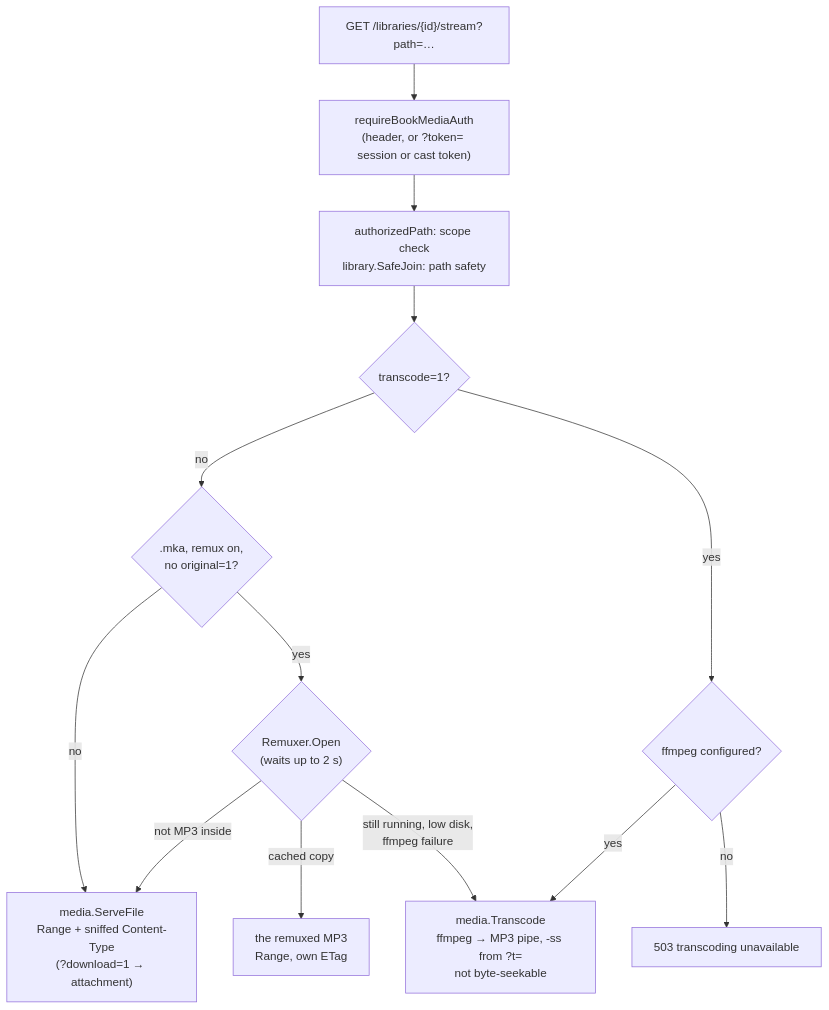
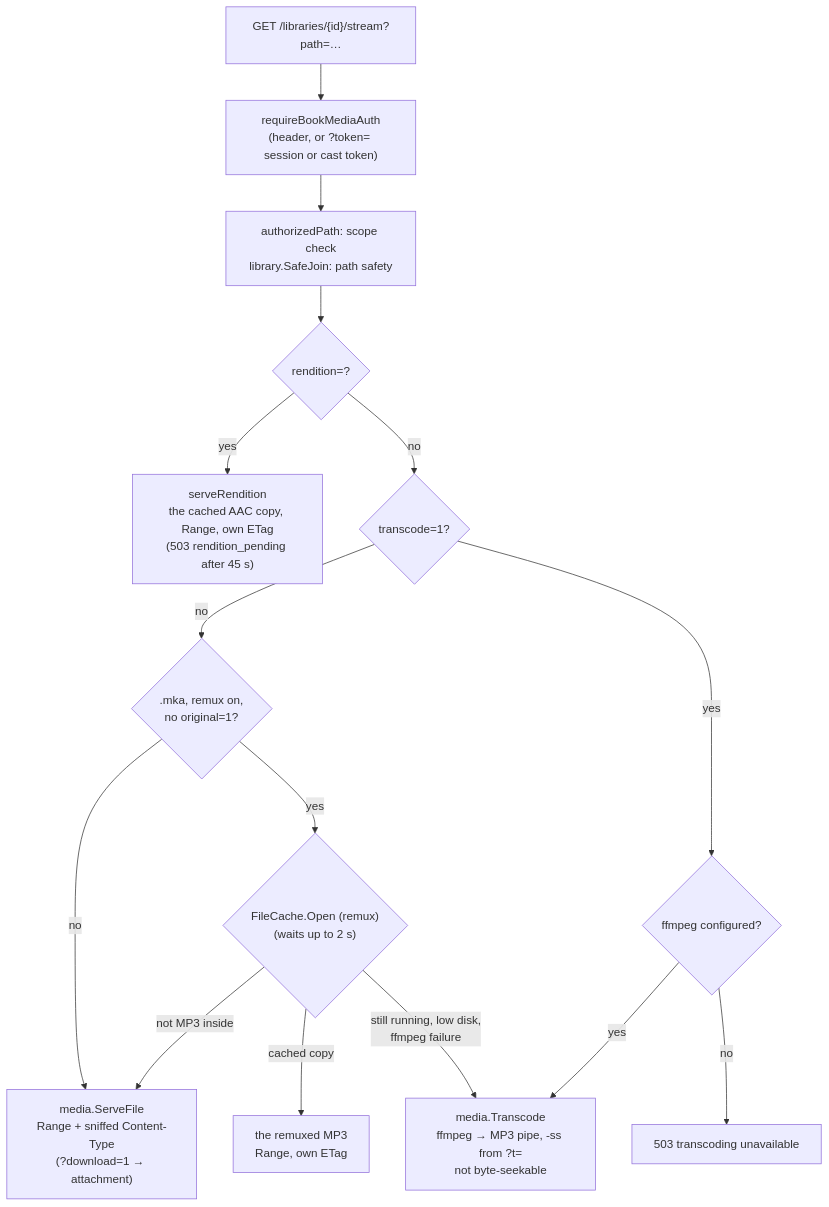
Before and after one commit to KodeStar/audiosilo-docs: the diagram in docs-developers/server/media.md, drawn with Mermaid. The commit also changed other lines of this file and 15 other files, not shown here.

````diff
--- a/docs-developers/server/media.md
+++ b/docs-developers/server/media.md
@@ -425,15 +426,17 @@
 ```mermaid
 flowchart TD
     A["GET /libraries/{id}/stream?path=…"] --> B["requireBookMediaAuth<br/>(header, or ?token= session or cast token)"]
     B --> C["authorizedPath: scope check<br/>library.SafeJoin: path safety"]
-    C --> D{"transcode=1?"}
+    C --> W{"rendition=?"}
+    W -- "yes" --> WR["serveRendition<br/>the cached AAC copy, Range, own ETag<br/>(503 rendition_pending after 45 s)"]
+    W -- "no" --> D{"transcode=1?"}
     D -- "no" --> R{".mka, remux on,<br/>no original=1?"}
     R -- "no" --> E["media.ServeFile<br/>Range + sniffed Content-Type<br/>(?download=1 → attachment)"]
-    R -- "yes" --> M{"Remuxer.Open<br/>(waits up to 2 s)"}
+    R -- "yes" --> M{"FileCache.Open (remux)<br/>(waits up to 2 s)"}
     M -- "cached copy" --> N["the remuxed MP3<br/>Range, own ETag"]
     M -- "not MP3 inside" --> E
     M -- "still running, low disk,<br/>ffmpeg failure" --> H
     D -- "yes" --> F{"ffmpeg configured?"}
     F -- "no" --> G["503 transcoding unavailable"]
     F -- "yes" --> H["media.Transcode<br/>ffmpeg → MP3 pipe, -ss from ?t=<br/>not byte-seekable"]
 ```
````
